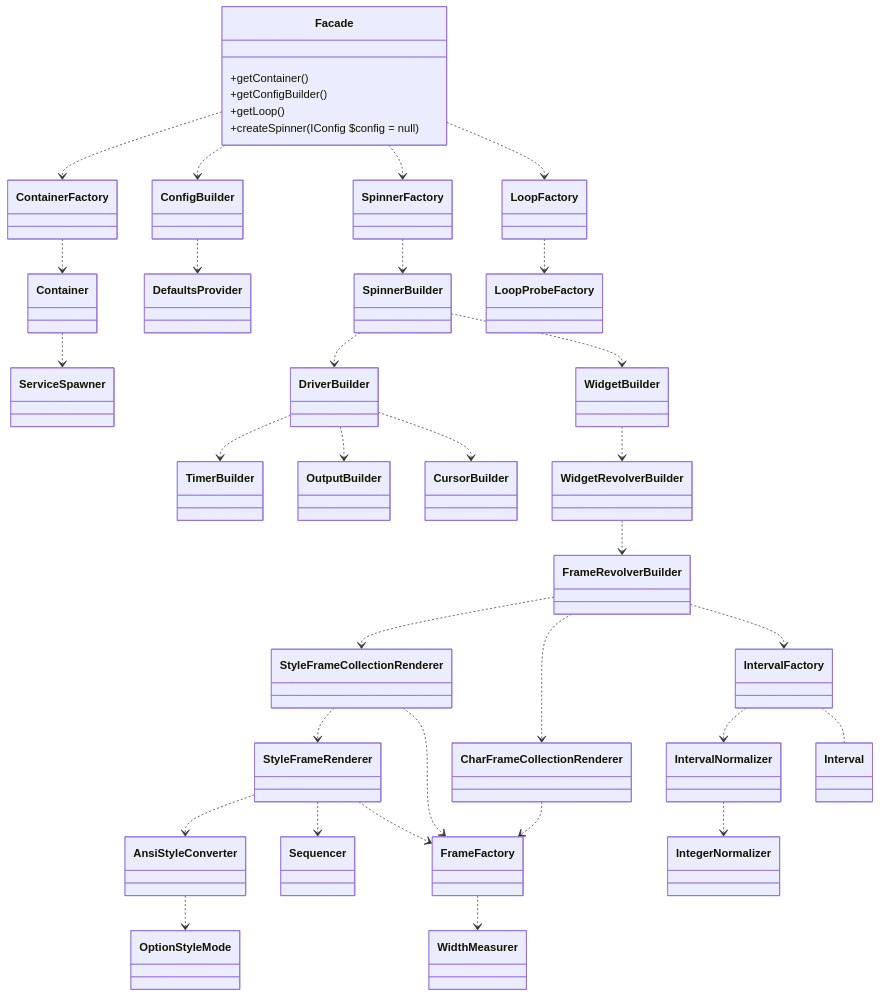
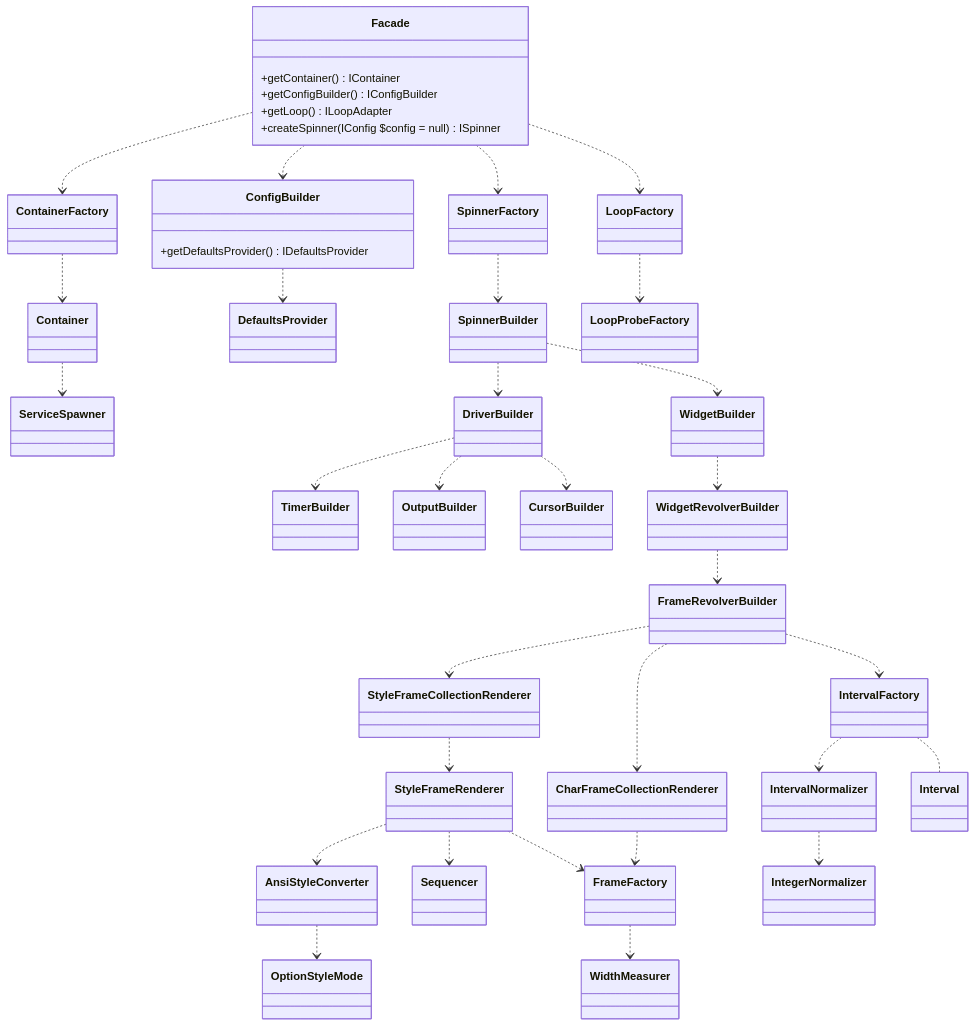
Before and after one commit to alecrabbit/php-console-spinner: the diagram in doc/info/hierarchy/services.md, drawn with Mermaid. The commit also changed 6 other files, not shown here.

````diff
--- a/doc/info/hierarchy/services.md
+++ b/doc/info/hierarchy/services.md
@@ -3,60 +3,64 @@
 ```mermaid
 classDiagram
     direction TB
     Facade ..> ContainerFactory
     Facade ..> ConfigBuilder
     Facade ..> SpinnerFactory
     Facade ..> LoopFactory
+
+    class Facade {
+        +getContainer() IContainer
+        +getConfigBuilder() IConfigBuilder
+        +getLoop() ILoopAdapter
+        +createSpinner(IConfig $config = null) ISpinner
+    }
     
     ContainerFactory ..> Container
-    
+
     Container ..> ServiceSpawner
-    
-    class Facade {
-        +getContainer()
-        +getConfigBuilder()
-        +getLoop()
-        +createSpinner(IConfig $config = null)
-    }
-    
+
+
     SpinnerFactory ..> SpinnerBuilder
 
     ConfigBuilder ..> DefaultsProvider
+    
+    class ConfigBuilder {
+        +getDefaultsProvider() IDefaultsProvider
+    }
+    
+    LoopFactory ..> LoopProbeFactory
 
-    LoopFactory ..> LoopProbeFactory
-    
     SpinnerBuilder ..> DriverBuilder
     SpinnerBuilder ..> WidgetBuilder
-    
+
     DriverBuilder ..> TimerBuilder
     DriverBuilder ..> OutputBuilder
     DriverBuilder ..> CursorBuilder
-    
+
     WidgetBuilder ..> WidgetRevolverBuilder
-     
+
     WidgetRevolverBuilder ..> FrameRevolverBuilder
-    
+
     FrameRevolverBuilder ..> StyleFrameCollectionRenderer
     FrameRevolverBuilder ..> CharFrameCollectionRenderer
     FrameRevolverBuilder ..> IntervalFactory
-    
+
     IntervalFactory ..> IntervalNormalizer
     IntervalFactory .. Interval
-    
+
     IntervalNormalizer ..> IntegerNormalizer
-    
+
     StyleFrameCollectionRenderer ..> StyleFrameRenderer
-    StyleFrameCollectionRenderer ..> FrameFactory
-    
+
     CharFrameCollectionRenderer ..> FrameFactory
-    
+
     StyleFrameRenderer ..> AnsiStyleConverter
     StyleFrameRenderer ..> Sequencer
     StyleFrameRenderer ..> FrameFactory
-    
+
     AnsiStyleConverter ..> OptionStyleMode
-    
+
     FrameFactory ..> WidthMeasurer
-   
-    
+
+
 ```
````
